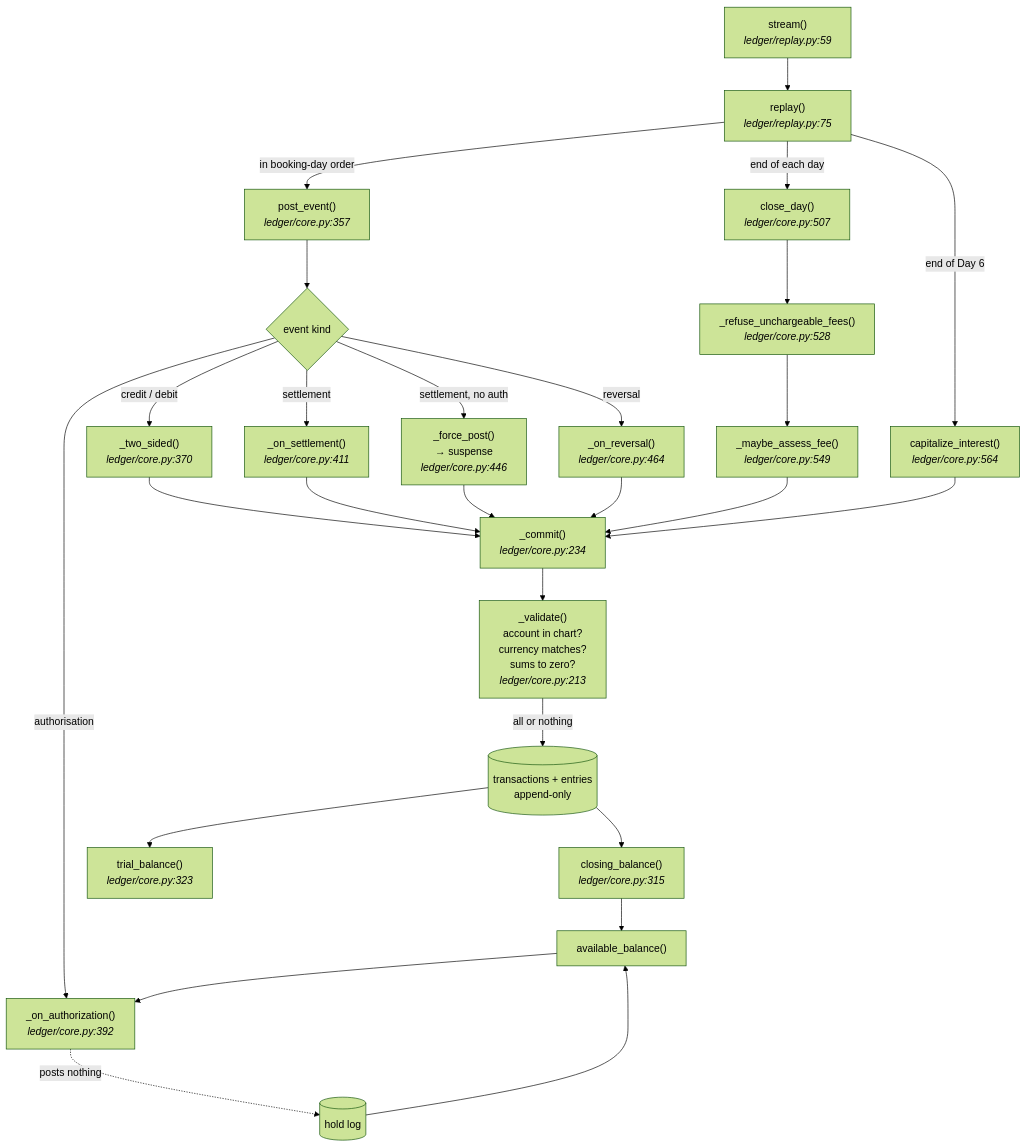
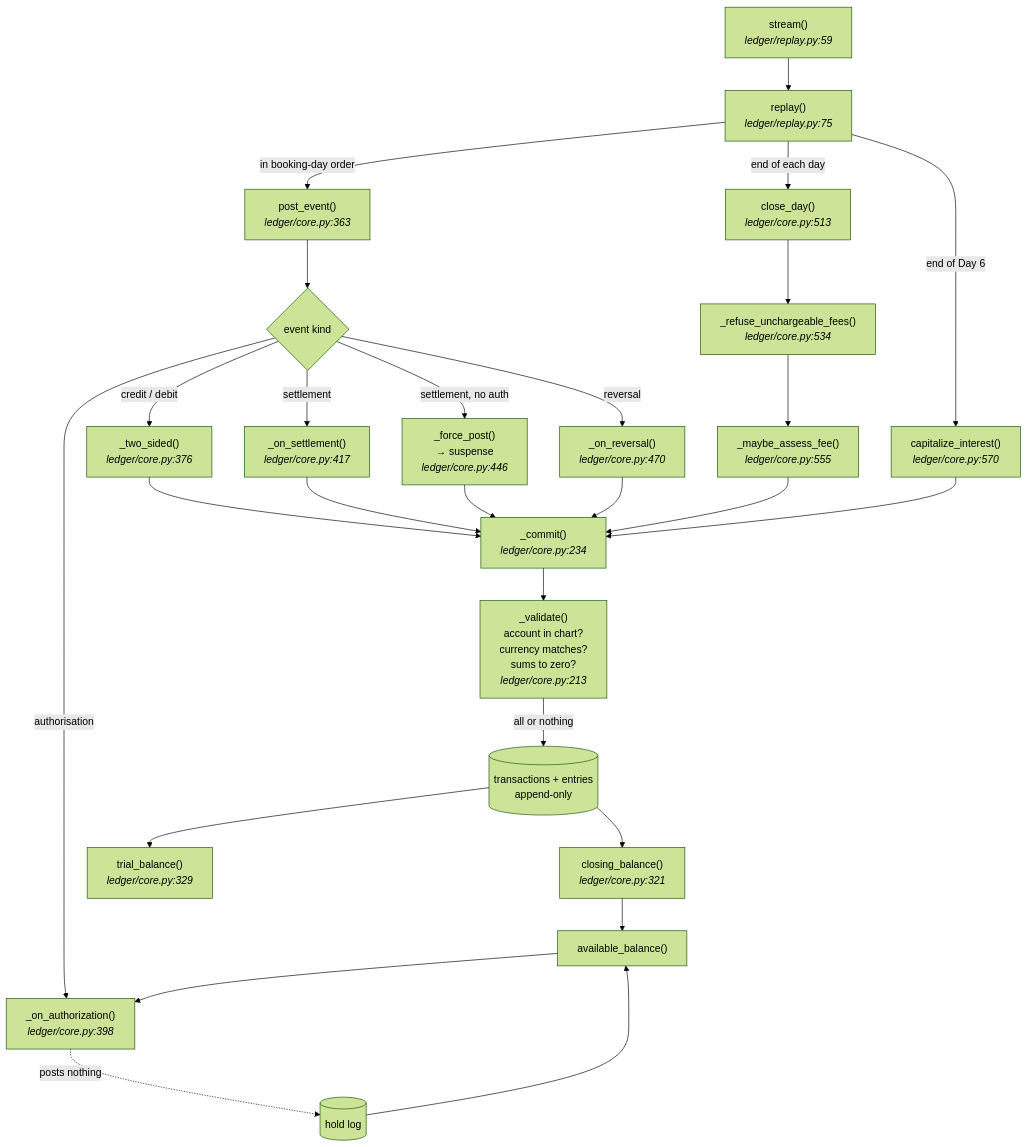
Before and after one commit to lastsign/mal-open-assessment: the first of 2 diagrams in README.md, drawn with Mermaid (forest theme). The commit also changed 3 other files, not shown here.

````diff
--- a/README.md
+++ b/README.md
@@ -76,34 +76,34 @@
 ```mermaid
 flowchart TD
     S["stream()<br/><i>ledger/replay.py:59</i>"] --> R["replay()<br/><i>ledger/replay.py:75</i>"]
-    R -->|"in booking-day order"| PE["post_event()<br/><i>ledger/core.py:357</i>"]
+    R -->|"in booking-day order"| PE["post_event()<br/><i>ledger/core.py:363</i>"]
 
     PE --> H{"event kind"}
-    H -->|credit / debit| TS["_two_sided()<br/><i>ledger/core.py:370</i>"]
-    H -->|settlement| SET["_on_settlement()<br/><i>ledger/core.py:411</i>"]
+    H -->|credit / debit| TS["_two_sided()<br/><i>ledger/core.py:376</i>"]
+    H -->|settlement| SET["_on_settlement()<br/><i>ledger/core.py:417</i>"]
     H -->|"settlement, no auth"| FP["_force_post()<br/>→ suspense<br/><i>ledger/core.py:446</i>"]
-    H -->|reversal| REV["_on_reversal()<br/><i>ledger/core.py:464</i>"]
-    H -->|authorisation| AU["_on_authorization()<br/><i>ledger/core.py:392</i>"]
+    H -->|reversal| REV["_on_reversal()<br/><i>ledger/core.py:470</i>"]
+    H -->|authorisation| AU["_on_authorization()<br/><i>ledger/core.py:398</i>"]
 
     TS --> C
     SET --> C
     FP --> C
     REV --> C
     AU -.->|"posts nothing"| HOLDS[("hold log")]
 
-    R -->|"end of each day"| CD["close_day()<br/><i>ledger/core.py:507</i>"]
-    CD --> RF["_refuse_unchargeable_fees()<br/><i>ledger/core.py:528</i>"]
-    RF --> MF["_maybe_assess_fee()<br/><i>ledger/core.py:549</i>"]
+    R -->|"end of each day"| CD["close_day()<br/><i>ledger/core.py:513</i>"]
+    CD --> RF["_refuse_unchargeable_fees()<br/><i>ledger/core.py:534</i>"]
+    RF --> MF["_maybe_assess_fee()<br/><i>ledger/core.py:555</i>"]
     MF --> C
-    R -->|"end of Day 6"| CI["capitalize_interest()<br/><i>ledger/core.py:564</i>"]
+    R -->|"end of Day 6"| CI["capitalize_interest()<br/><i>ledger/core.py:570</i>"]
     CI --> C
 
     C["_commit()<br/><i>ledger/core.py:234</i>"] --> V["_validate()<br/>account in chart?<br/>currency matches?<br/>sums to zero?<br/><i>ledger/core.py:213</i>"]
     V -->|"all or nothing"| LOG[("transactions + entries<br/>append-only")]
 
-    LOG --> CB["closing_balance()<br/><i>ledger/core.py:315</i>"]
-    LOG --> TB["trial_balance()<br/><i>ledger/core.py:323</i>"]
+    LOG --> CB["closing_balance()<br/><i>ledger/core.py:321</i>"]
+    LOG --> TB["trial_balance()<br/><i>ledger/core.py:329</i>"]
     HOLDS --> AB["available_balance()"]
     CB --> AB
     AB --> AU
 ```
````
